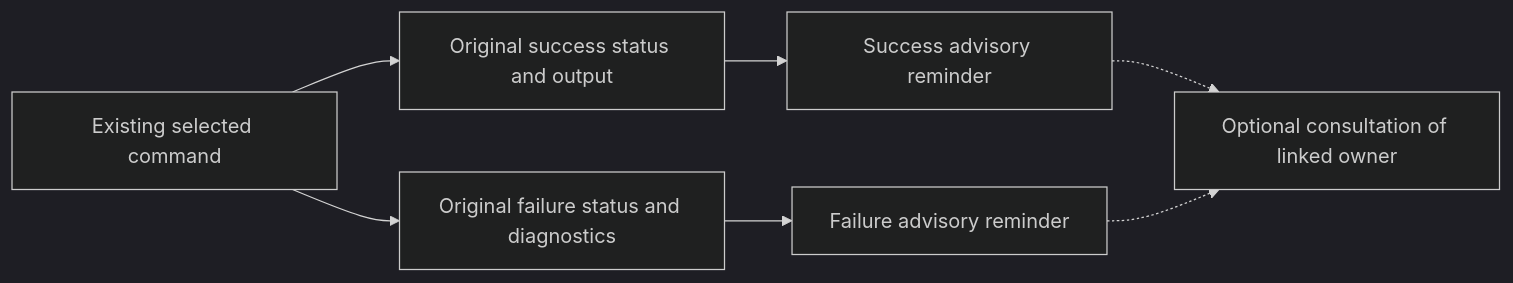
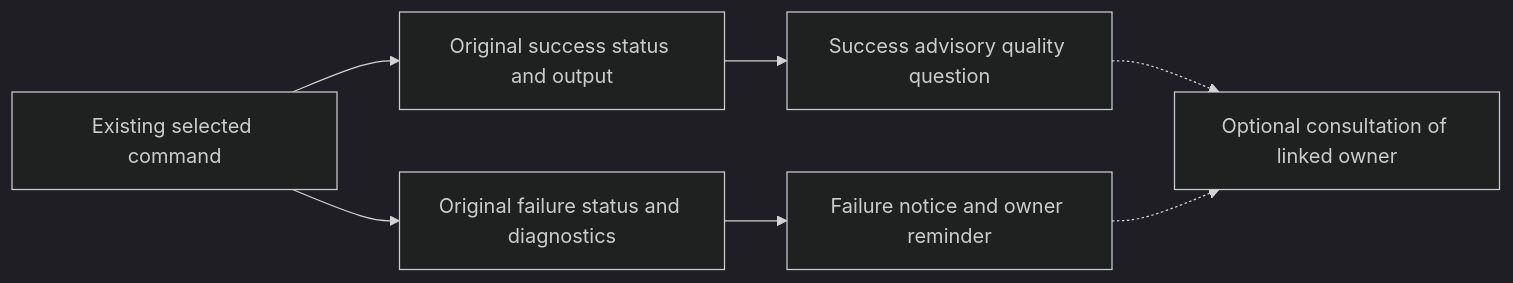
One commit to msitarz/ataraxia changed the diagram in doc/feat/reviewable-workflow-v2/trial-preparation/workflow-efficiency/work-context/guidance-reminders/README.md. Above: the diagram before and after it, drawn with Mermaid (dark theme). The commit also changed other lines of this file and 1 other file, not shown here.

First line of the commit message:
docs(workflow): focus reminder prompts on output quality

````diff
--- a/doc/feat/reviewable-workflow-v2/trial-preparation/workflow-efficiency/work-context/guidance-reminders/README.md
+++ b/doc/feat/reviewable-workflow-v2/trial-preparation/workflow-efficiency/work-context/guidance-reminders/README.md
@@ -57,9 +73,9 @@
 ```mermaid
 flowchart LR
     C[Existing selected command] --> S[Original success status and output]
     C --> F[Original failure status and diagnostics]
-    S --> RS[Success advisory reminder]
-    F --> RF[Failure advisory reminder]
+    S --> RS[Success advisory quality question]
+    F --> RF[Failure notice and owner reminder]
     RS -.-> O[Optional consultation of linked owner]
     RF -.-> O
 ```
````
